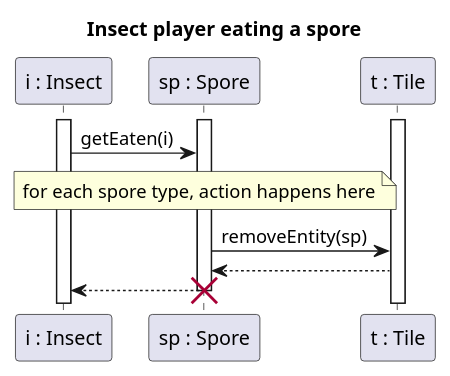
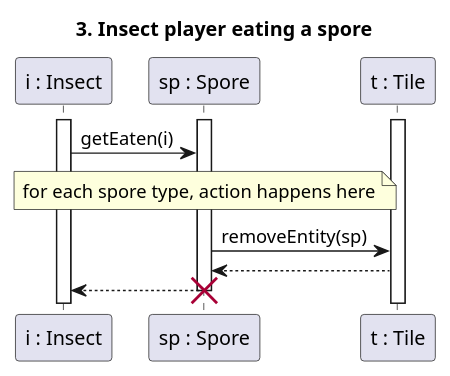
The diagram in diagrams/diagramFiles/SQ_InsectEating.puml (Harcipan/Projlab_nullpointerexception), drawn with PlantUML before and after one commit. The commit also changed 19 other files, not shown here.

Commit message:
numbered sq diagrams

```diff
--- a/diagrams/diagramFiles/SQ_InsectEating.puml
+++ b/diagrams/diagramFiles/SQ_InsectEating.puml
@@ -1,22 +1,22 @@
 @startuml Insect eating
 
-title Insect player eating a spore
+title 3. Insect player eating a spore
 
 participant "i : Insect" as I
 participant "sp : Spore" as Sp
 participant "t : Tile" as T
 
 activate I
 activate T
 activate Sp
 
 I -> Sp : getEaten(i)
 note over Sp : for each spore type, action happens here 
 Sp -> T : removeEntity(sp)
 T --> Sp
 Sp --> I
 
 destroy Sp
 
 
 @enduml
```
